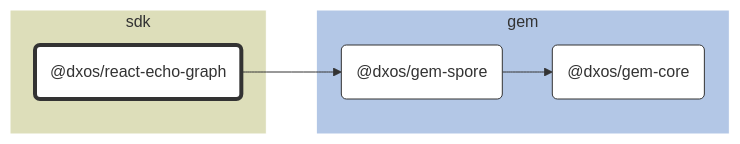
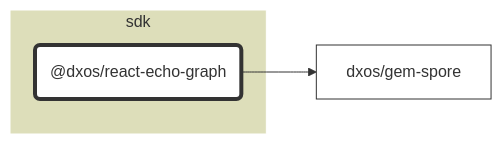
One commit to dxos/dxos changed the diagram in packages/sdk/react-echo-graph/docs/README.md. Above: the diagram before and after it, drawn with Mermaid. The commit also changed 84 other files, not shown here.

````diff
--- a/packages/sdk/react-echo-graph/docs/README.md
+++ b/packages/sdk/react-echo-graph/docs/README.md
@@ -7,38 +7,21 @@
 ```mermaid
 %%{ init: {'flowchart':{'curve':'basis'}} }%%
 
 flowchart LR
 
-%% Links
-dxos/gem-spore --> dxos/gem-core;
-dxos/react-echo-graph --> dxos/gem-spore;
+%% Classes
+classDef default fill:#fff,stroke:#333,stroke-width:1px
+classDef root fill:#fff,stroke:#333,stroke-width:4px
 
-%% Sections
-subgraph sdk
-  style sdk fill:#dddeba,stroke:#fff;
+%% Nodes
 
-  dxos/react-echo-graph("@dxos/react-echo-graph")
+subgraph sdk [sdk]
+  style sdk fill:#dddeba,stroke:#fff
+  dxos/react-echo-graph("@dxos/react-echo-graph"):::root
+  click dxos/react-echo-graph "dxos/dxos/tree/main/packages/sdk/react-echo-graph/docs"
 end
 
-subgraph gem
-  style gem fill:#b3c7e6,stroke:#fff;
-
-  dxos/gem-core("@dxos/gem-core")
-  dxos/gem-spore("@dxos/gem-spore")
-end
-
-
-%% Hyperlinks
-click dxos/gem-core "dxos/dxos/tree/main/packages/gem/gem-core/docs";
-click dxos/gem-spore "dxos/dxos/tree/main/packages/gem/gem-spore/docs";
-
-%% Styles
-classDef rootNode fill:#fff,stroke:#333,stroke-width:4px
-classDef defaultNode fill:#fff,stroke:#333,stroke-width:1px
+%% Links
 linkStyle default stroke:#333,stroke-width:1px
-
-dxos/react-echo-graph:::rootNode
-
-dxos/gem-core:::defaultNode
-dxos/gem-spore:::defaultNode
+dxos/react-echo-graph --> dxos/gem-spore
 ```
````
